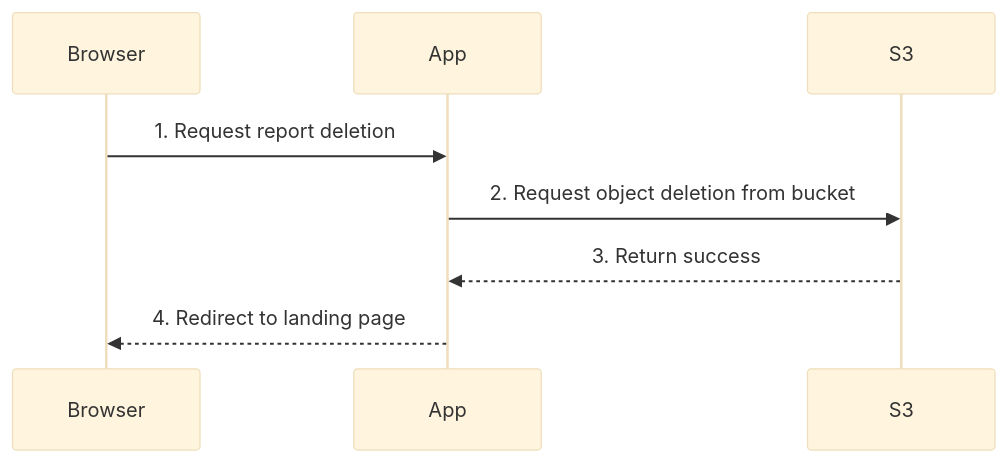
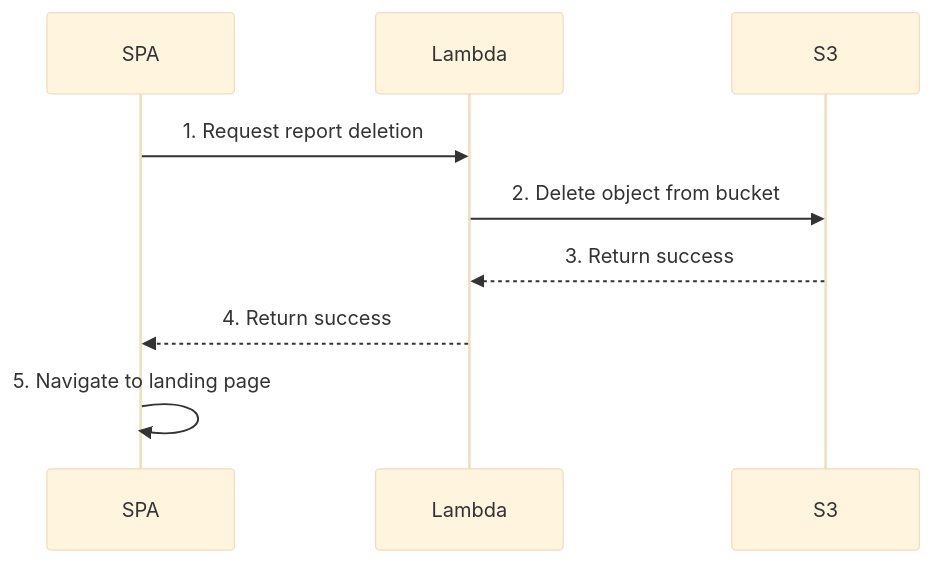
One commit to ibanFR/cucumber-reports changed the third of 3 diagrams in ARCHITECTURE.md. Above: the diagram before and after it, drawn with Mermaid (base theme). The commit also changed other lines of this file and 84 other files, not shown here.

Commit message:
Replace Next.js app with Vite SPA (#26)

````diff
--- a/ARCHITECTURE.md
+++ b/ARCHITECTURE.md
@@ -62,7 +63,8 @@
 ```mermaid
 sequenceDiagram
-    Browser->>App: 1. Request report deletion
-    App->>S3: 2. Request object deletion from bucket
-    S3-->>App: 3. Return success
-    App-->>Browser: 4. Redirect to landing page
+    SPA->>Lambda: 1. Request report deletion
+    Lambda->>S3: 2. Delete object from bucket
+    S3-->>Lambda: 3. Return success
+    Lambda-->>SPA: 4. Return success
+    SPA->>SPA: 5. Navigate to landing page
 ```
````
